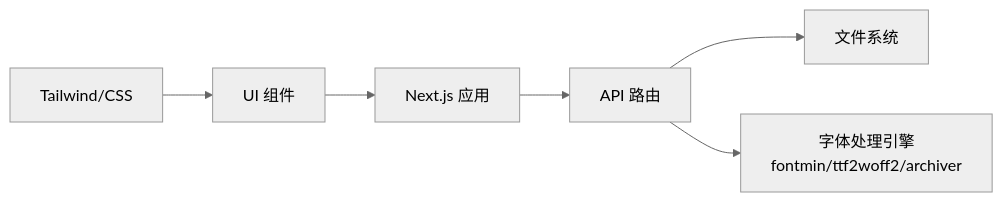
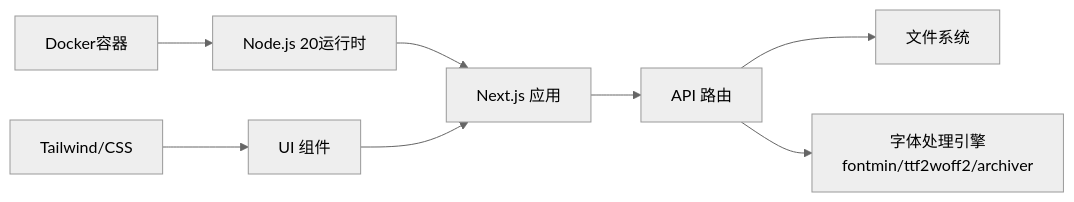
One commit to tutusiji/FontMinify changed the fifth of 5 diagrams in .qoder/repowiki/zh/content/部署运维/部署配置.md. Above: the diagram before and after it, drawn with Mermaid (neutral theme). The commit also changed other lines of this file and 12 other files, not shown here.

````diff
--- a/.qoder/repowiki/zh/content/部署运维/部署配置.md
+++ b/.qoder/repowiki/zh/content/部署运维/部署配置.md
@@ -211,8 +372,10 @@
 ```mermaid
 graph LR
-Next["Next.js 应用"] --> API["API 路由"]
+Docker["Docker容器"] --> Node["Node.js 20运行时"]
+Node --> Next["Next.js 应用"]
+Next --> API["API 路由"]
 API --> FS["文件系统"]
 API --> Engine["字体处理引擎<br/>fontmin/ttf2woff2/archiver"]
 UI["UI 组件"] --> Next
 Styles["Tailwind/CSS"] --> UI
 ```
````
